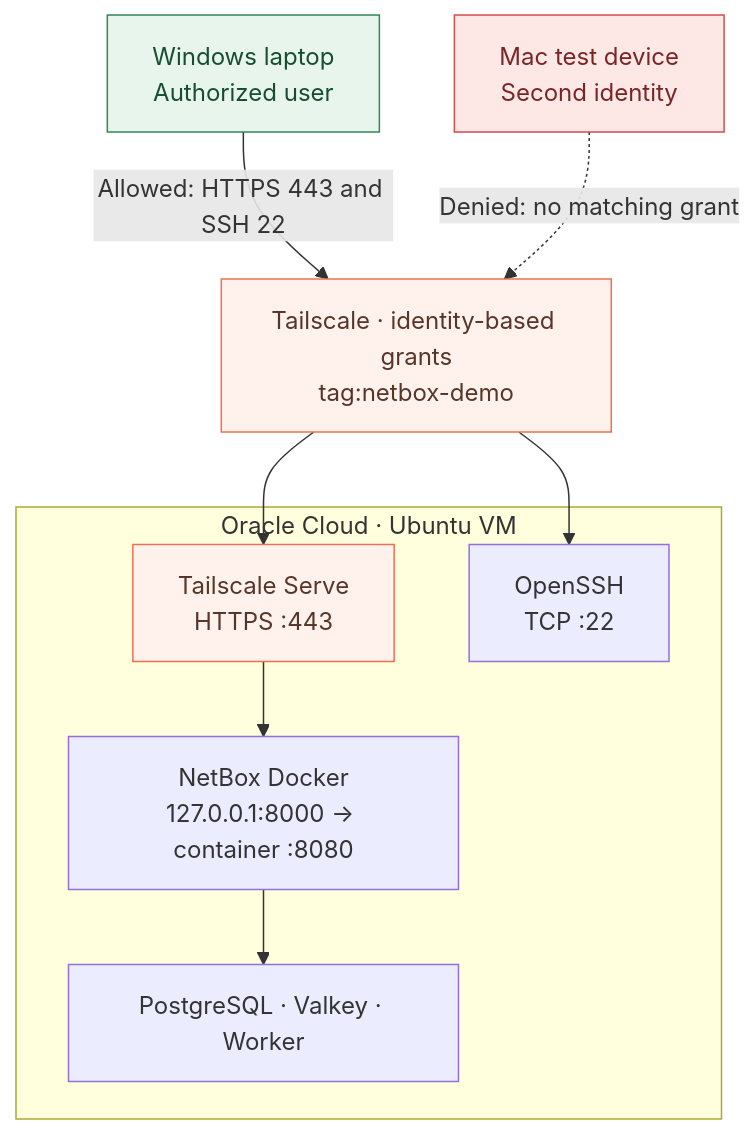
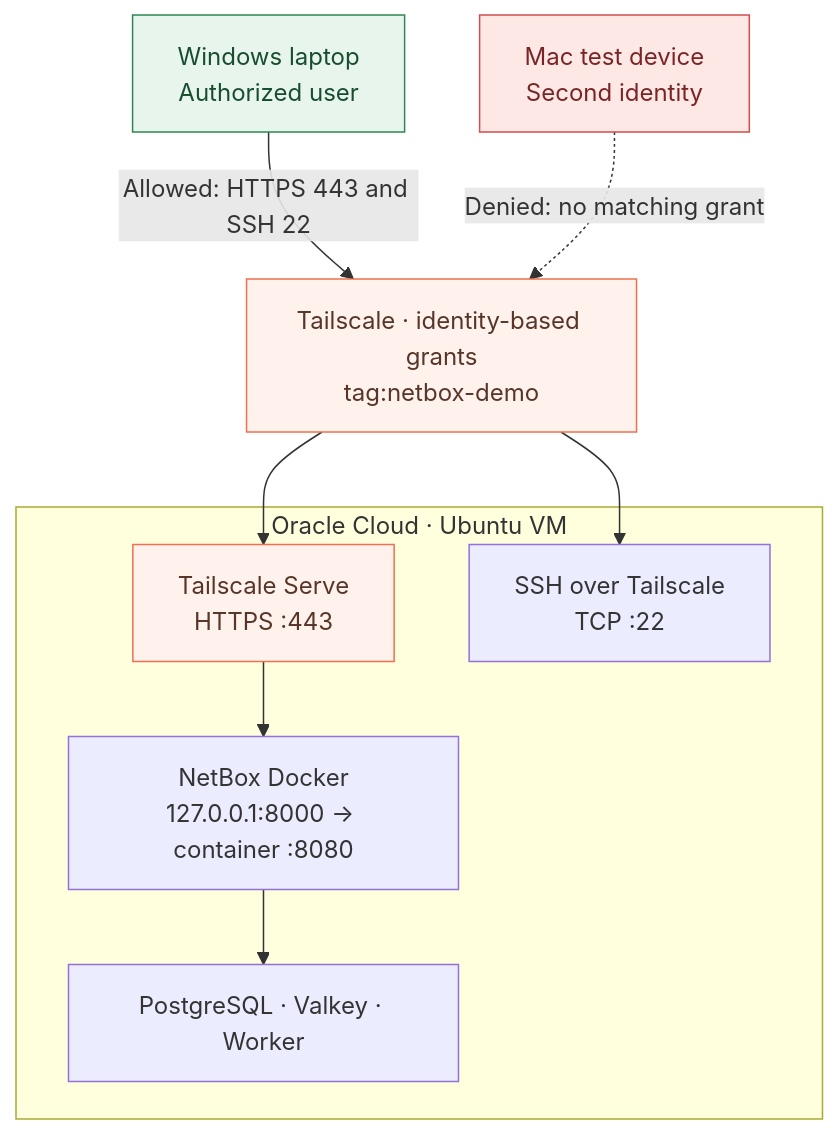
The diagram in README.md (JaynaRogers/tailscale-netbox-zero-trust-demo), drawn with Mermaid before and after one commit.

Commit message:
docs: label SSH as access path rather than separate deployed component

````diff
--- a/README.md
+++ b/README.md
@@ -10,26 +10,26 @@
 ```mermaid
 flowchart TB
     WIN["Windows laptop<br/>Authorized user"]
     MAC["Mac test device<br/>Second identity"]
     TS["Tailscale · identity-based grants<br/>tag:netbox-demo"]
 
     subgraph OCI["Oracle Cloud · Ubuntu VM"]
       SERVE["Tailscale Serve<br/>HTTPS :443"]
-      SSH["OpenSSH<br/>TCP :22"]
+      SSH["SSH over Tailscale<br/>TCP :22"]
       BOX["NetBox Docker<br/>127.0.0.1:8000 → container :8080"]
       DATA["PostgreSQL · Valkey · Worker"]
       SERVE --> BOX --> DATA
     end
 
     WIN -->|"Allowed: HTTPS 443 and SSH 22"| TS
     MAC -.->|"Denied: no matching grant"| TS
     TS --> SERVE
     TS --> SSH
 
     classDef permitted fill:#E8F5ED,stroke:#2F8754,color:#184D30
     classDef blocked fill:#FDE8E6,stroke:#D34D4D,color:#7A2525
     classDef private fill:#FFF2EC,stroke:#F06F50,color:#573528
     class WIN permitted
     class MAC blocked
     class TS,SERVE private
 ```
````
